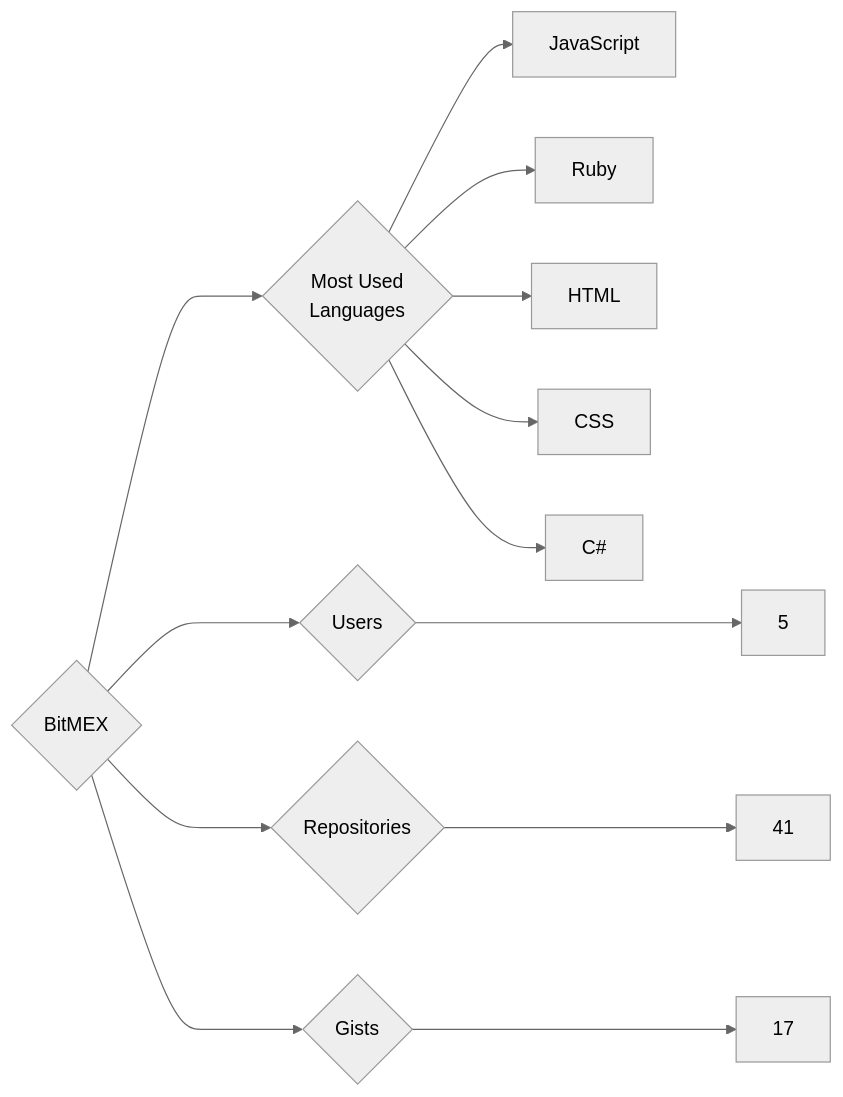
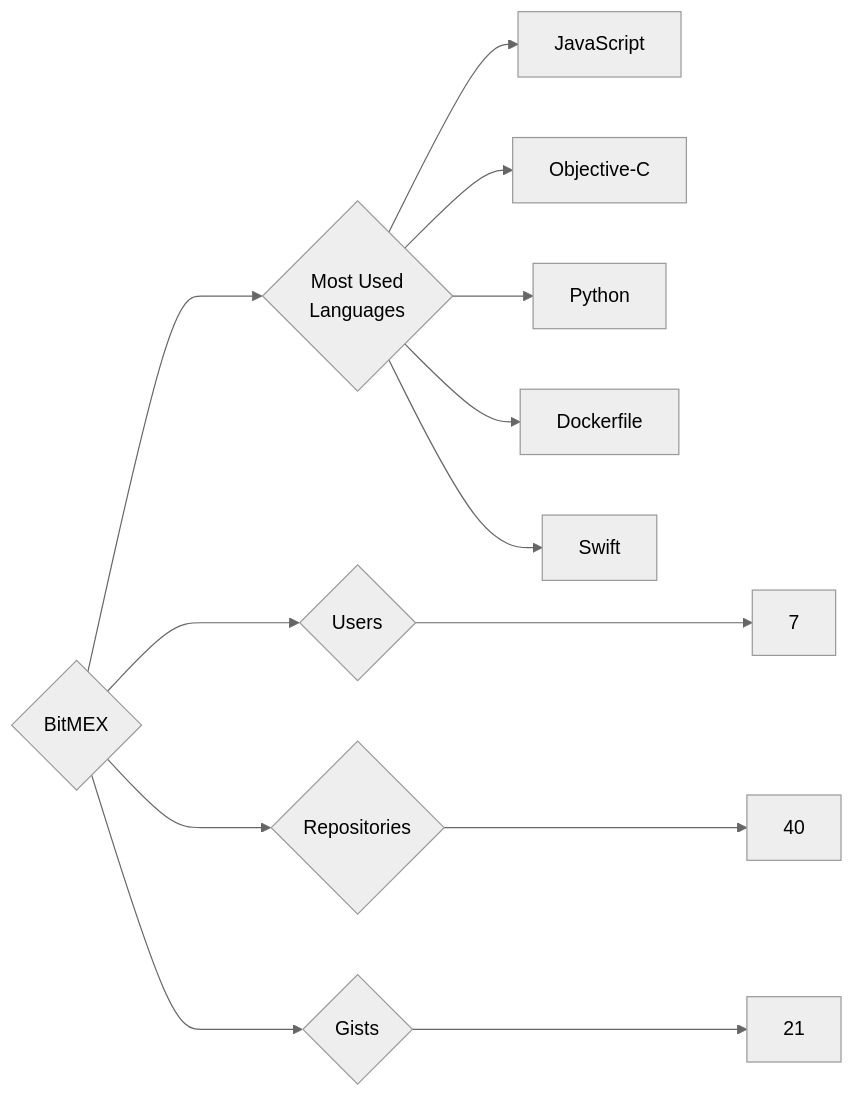
One commit to trickest/insiders changed the diagram in targets/BitMEX/README.md. Above: the diagram before and after it, drawn with Mermaid (neutral theme). The commit also changed 826 other files, not shown here.

````diff
--- a/targets/BitMEX/README.md
+++ b/targets/BitMEX/README.md
@@ -3,13 +3,13 @@
 ```mermaid
 graph LR
 COMPANY_NAME{BitMEX}
-COMPANY_NAME ---> U{Users} ---> UN[5]
-COMPANY_NAME ---> R{Repositories} ---> RN[41]
-COMPANY_NAME ---> G{Gists} ---> GN[17]
+COMPANY_NAME ---> U{Users} ---> UN[7]
+COMPANY_NAME ---> R{Repositories} ---> RN[40]
+COMPANY_NAME ---> G{Gists} ---> GN[21]
 COMPANY_NAME ---> ML{Most Used<br>Languages}
 ML --> JavaScript[JavaScript]
-ML --> Ruby[Ruby]
-ML --> HTML[HTML]
-ML --> CSS[CSS]
-ML --> C#[C#]
+ML --> Objective-C[Objective-C]
+ML --> Python[Python]
+ML --> Dockerfile[Dockerfile]
+ML --> Swift[Swift]
 ```
````
